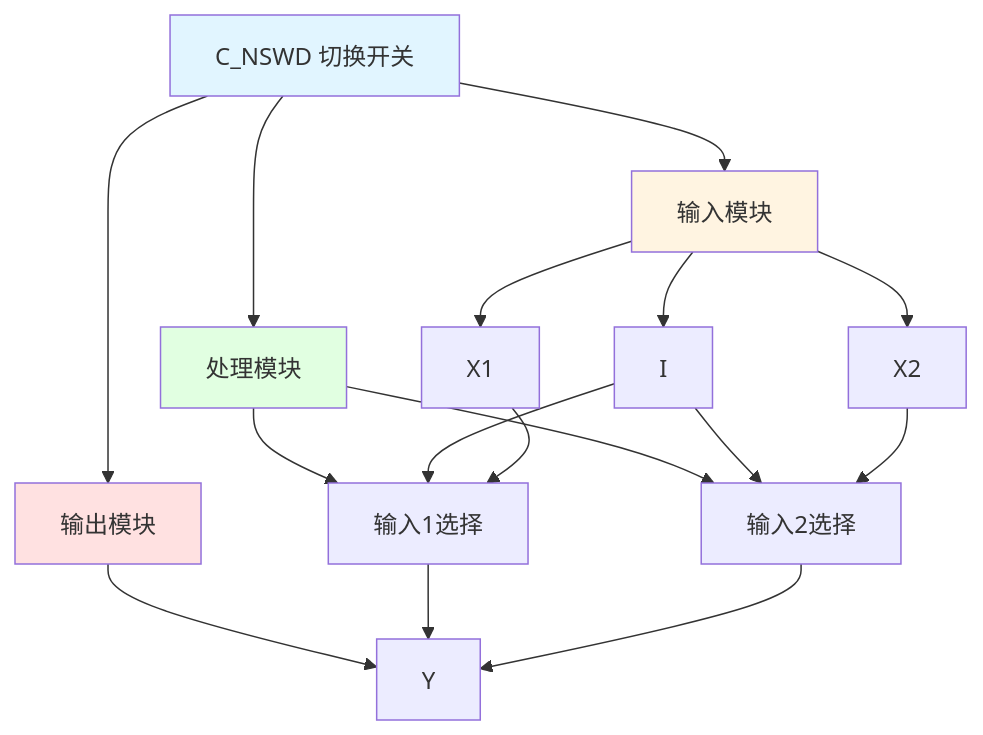
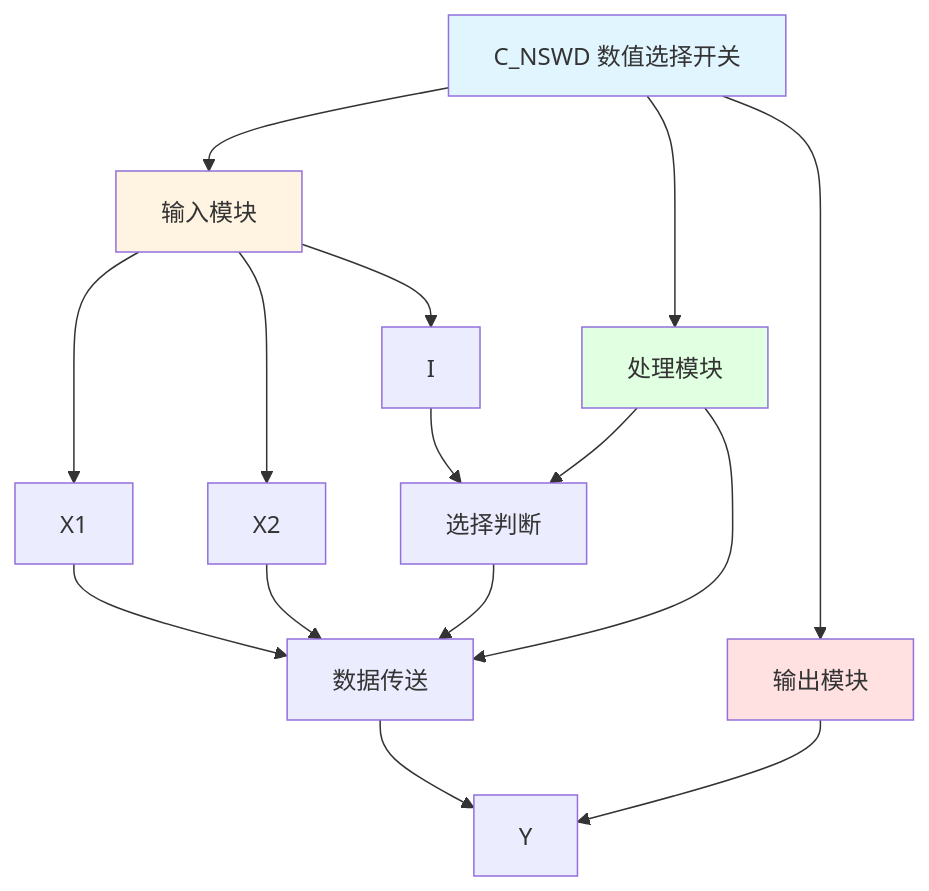
The diagram in C_NSWD_分析报告.md (dlgt6/c), drawn with Mermaid before and after one commit. The commit also changed other lines of this file and 46 other files, not shown here.

````diff
--- a/C_NSWD_分析报告.md
+++ b/C_NSWD_分析报告.md
@@ -19,27 +29,26 @@
 ```mermaid
 graph TD
-    A[C_NSWD 切换开关] --> B[输入模块]
+    A[C_NSWD 数值选择开关] --> B[输入模块]
     A --> C[处理模块]
     A --> D[输出模块]
     
-    B --> B1[I]
-    B --> B2[X1]
-    B --> B3[X2]
+    B --> B1[X1]
+    B --> B2[X2]
+    B --> B3[I]
     
-    C --> C1[输入1选择]
-    C --> C2[输入2选择]
+    C --> C1[选择判断]
+    C --> C2[数据传送]
     
     D --> D1[Y]
     
-    B1 --> C1
-    B2 --> C1
+    B3 --> C1
     B1 --> C2
-    B3 --> C2
-    C1 --> D1
+    B2 --> C2
+    C1 --> C2
     C2 --> D1
     
     style A fill:#e1f5ff
     style B fill:#fff4e1
     style C fill:#e1ffe1
     style D fill:#ffe1e1
 ```
````
